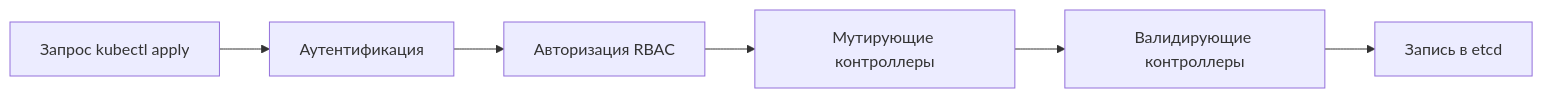
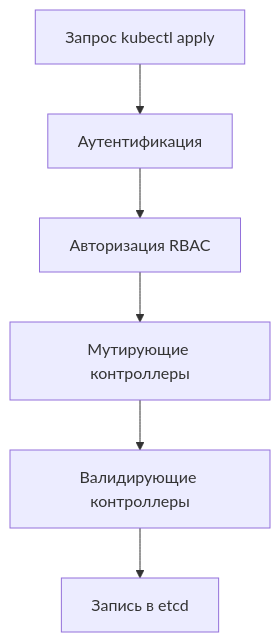
One commit to not-obfuscation/AppSec-guidebook changed the diagram in content/stage-4/k8s-admission-controllers.md. Above: the diagram before and after it, drawn with Mermaid. The commit also changed other lines of this file and 214 other files, not shown here.

````diff
--- a/content/stage-4/k8s-admission-controllers.md
+++ b/content/stage-4/k8s-admission-controllers.md
@@ -74,8 +91,8 @@
 ```mermaid
-flowchart LR
+flowchart TB
     A[Запрос kubectl apply] --> B[Аутентификация]
     B --> C[Авторизация RBAC]
     C --> D[Мутирующие контроллеры]
     D --> E[Валидирующие контроллеры]
     E --> F[Запись в etcd]
 ```
````
